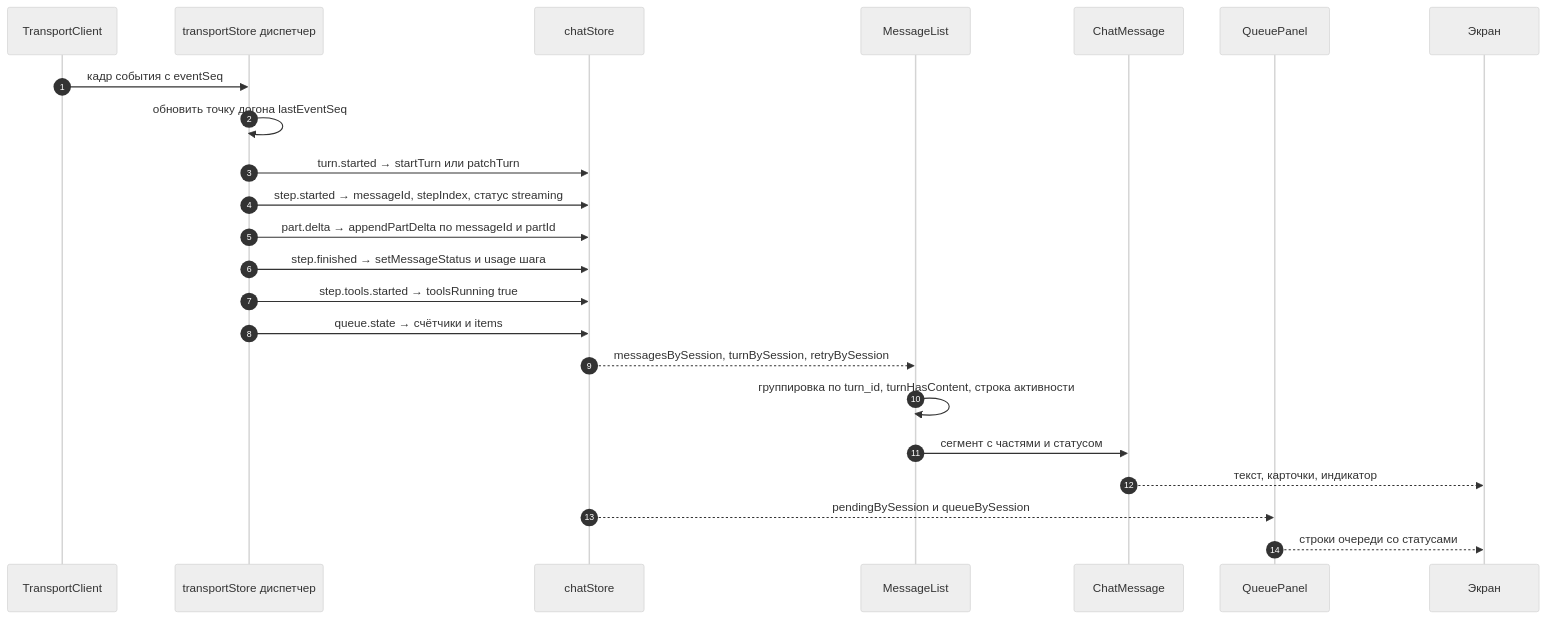
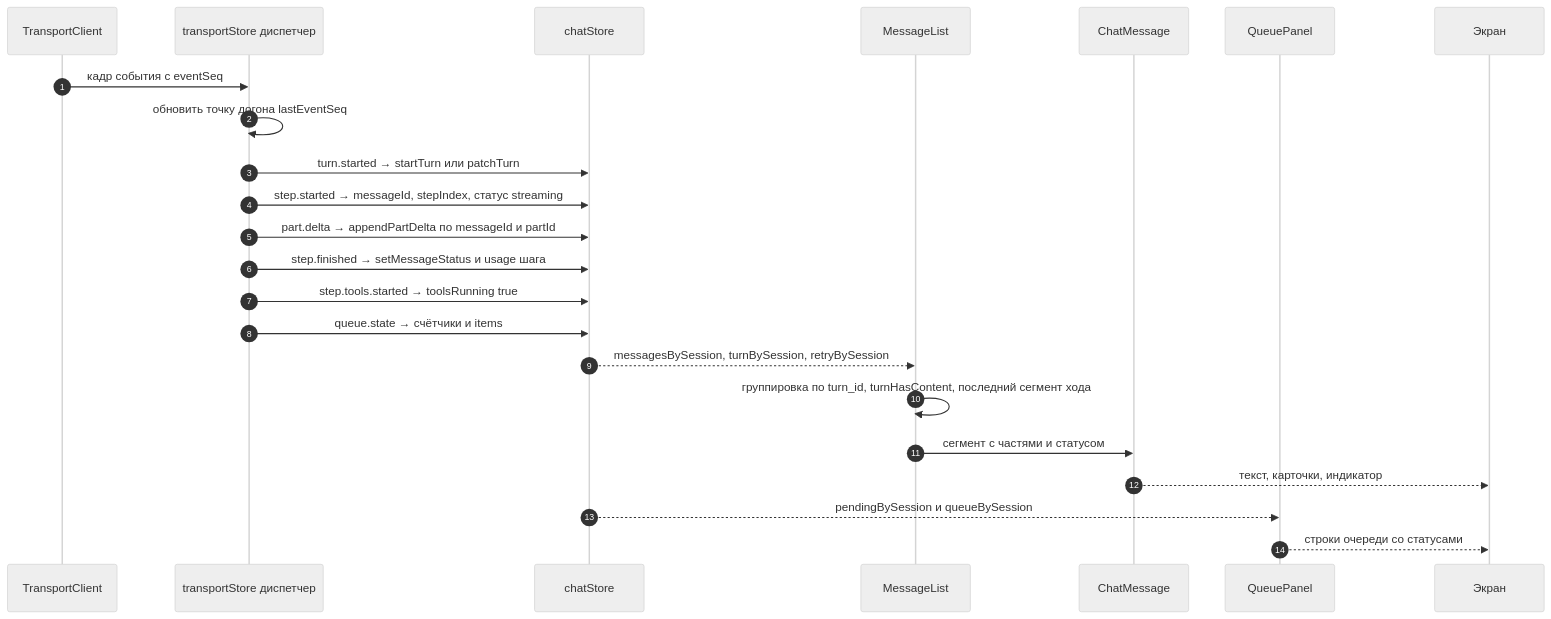
Before and after one commit to itphx/synth: the fourth of 9 diagrams in docs/MESSAGE_FLOW.md, drawn with Mermaid (neutral theme). The commit also changed other lines of this file and 13 other files, not shown here.

````diff
--- a/docs/MESSAGE_FLOW.md
+++ b/docs/MESSAGE_FLOW.md
@@ -398,26 +398,26 @@
 ```mermaid
 sequenceDiagram
   autonumber
   participant TC as TransportClient
   participant D as transportStore диспетчер
   participant CS as chatStore
   participant ML as MessageList
   participant CM as ChatMessage
   participant QP as QueuePanel
   participant E as Экран
 
   TC->>D: кадр события с eventSeq
   D->>D: обновить точку догона lastEventSeq
   D->>CS: turn.started → startTurn или patchTurn
   D->>CS: step.started → messageId, stepIndex, статус streaming
   D->>CS: part.delta → appendPartDelta по messageId и partId
   D->>CS: step.finished → setMessageStatus и usage шага
   D->>CS: step.tools.started → toolsRunning true
   D->>CS: queue.state → счётчики и items
   CS-->>ML: messagesBySession, turnBySession, retryBySession
-  ML->>ML: группировка по turn_id, turnHasContent, строка активности
+  ML->>ML: группировка по turn_id, turnHasContent, последний сегмент хода
   ML->>CM: сегмент с частями и статусом
   CM-->>E: текст, карточки, индикатор
   CS-->>QP: pendingBySession и queueBySession
   QP-->>E: строки очереди со статусами
 ```
````
